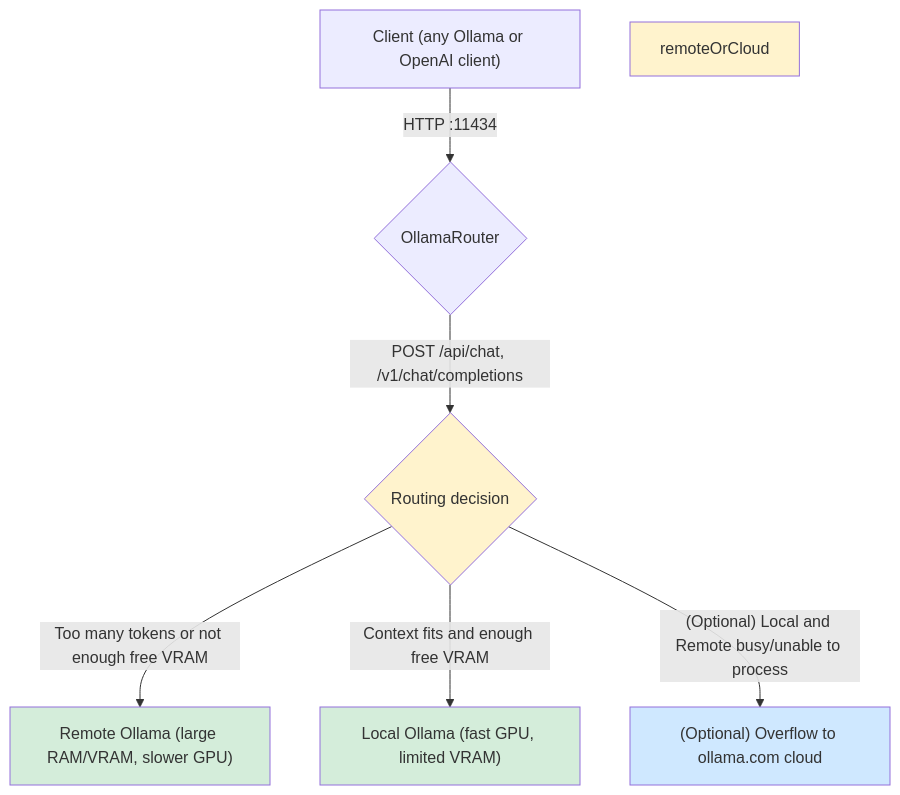
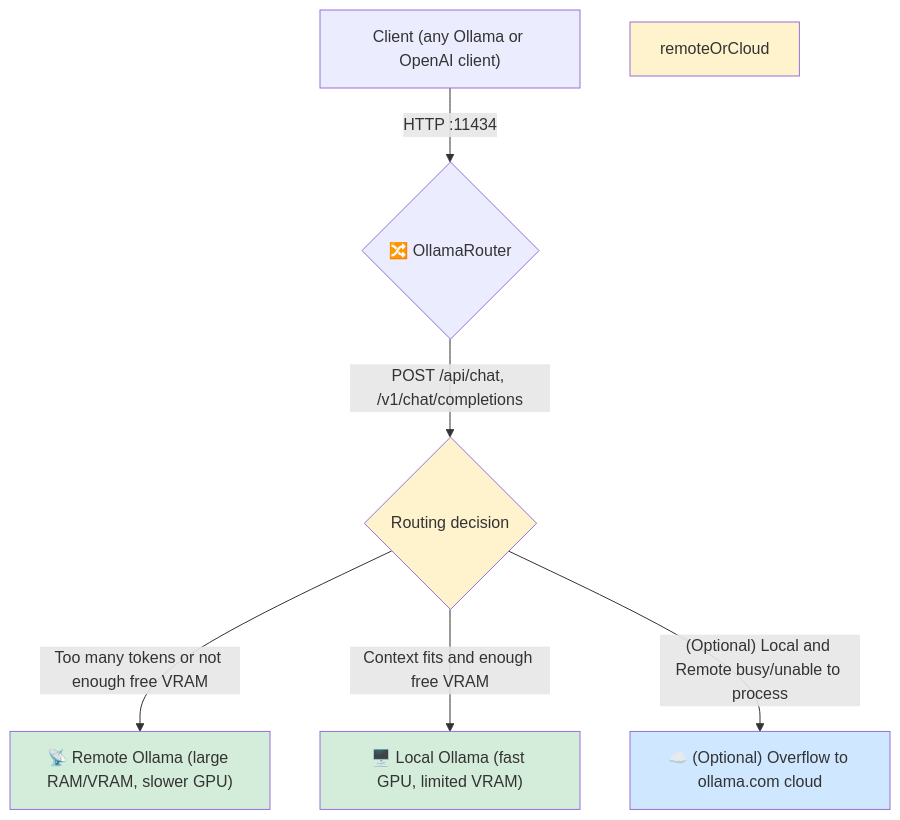
The diagram in README.md (jetelain/OllamaRouter), drawn with Mermaid before and after one commit. The commit also changed other lines of this file and 7 other files, not shown here.

````diff
--- a/README.md
+++ b/README.md
@@ -14,21 +14,21 @@
 ```mermaid
 flowchart TD
     client["Client (any Ollama or OpenAI client)"]
-    client -->|HTTP :11434| router{"OllamaRouter"}
+    client -->|HTTP :11434| router{"🔀 OllamaRouter"}
 
     router -->|"POST /api/chat, /v1/chat/completions"| decision{"Routing decision"}
 
     decision -->|"Too many tokens or not enough free VRAM"| remote
     decision -->|"Context fits and enough free VRAM"| local
     decision -->|"(Optional) Local and Remote busy/unable to process"| cloud
 
-    local["Local Ollama (fast GPU, limited VRAM)"]
-    remote["Remote Ollama (large RAM/VRAM, slower GPU)"]
-    cloud["(Optional) Overflow to ollama.com cloud"]
+    local["🖥️ Local Ollama (fast GPU, limited VRAM)"]
+    remote["📡 Remote Ollama (large RAM/VRAM, slower GPU)"]
+    cloud["☁️ (Optional) Overflow to ollama.com cloud"]
 
     style decision fill:#fff3cd
     style remoteOrCloud fill:#fff3cd
     style local fill:#d4edda
     style remote fill:#d4edda
     style cloud fill:#cfe8ff
 ```
````
